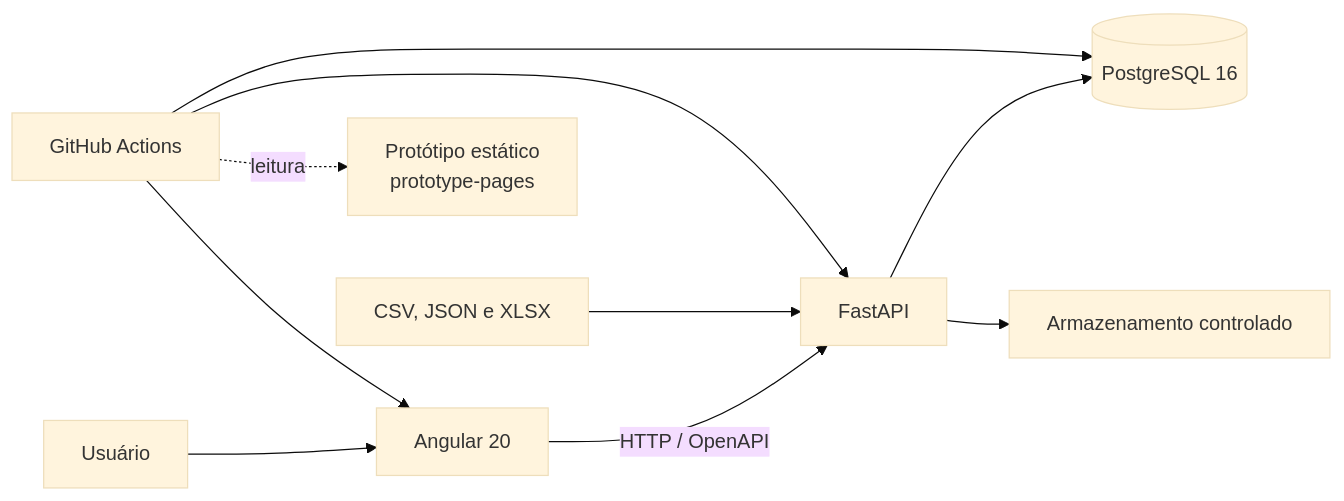
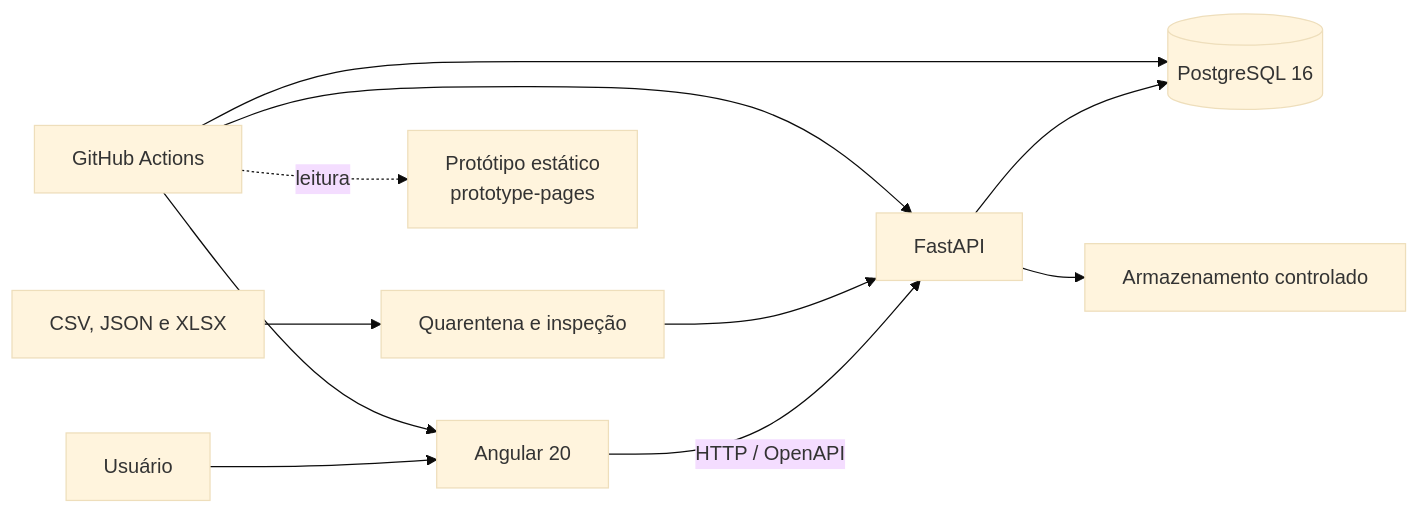
The diagram in docs/architecture.md (g-f307/synergia), drawn with Mermaid (base theme) before and after one commit. The commit also changed other lines of this file and 14 other files, not shown here.

````diff
--- a/docs/architecture.md
+++ b/docs/architecture.md
@@ -8,12 +8,13 @@
 ```mermaid
 flowchart LR
     U[Usuário] --> A[Angular 20]
     A -->|HTTP / OpenAPI| F[FastAPI]
     F --> P[(PostgreSQL 16)]
     F --> S[Armazenamento controlado]
-    I[CSV, JSON e XLSX] --> F
+    I[CSV, JSON e XLSX] --> Q[Quarentena e inspeção]
+    Q --> F
     C[GitHub Actions] --> A
     C --> F
     C --> P
     C -. leitura .-> T[Protótipo estático<br/>prototype-pages]
 ```
````
